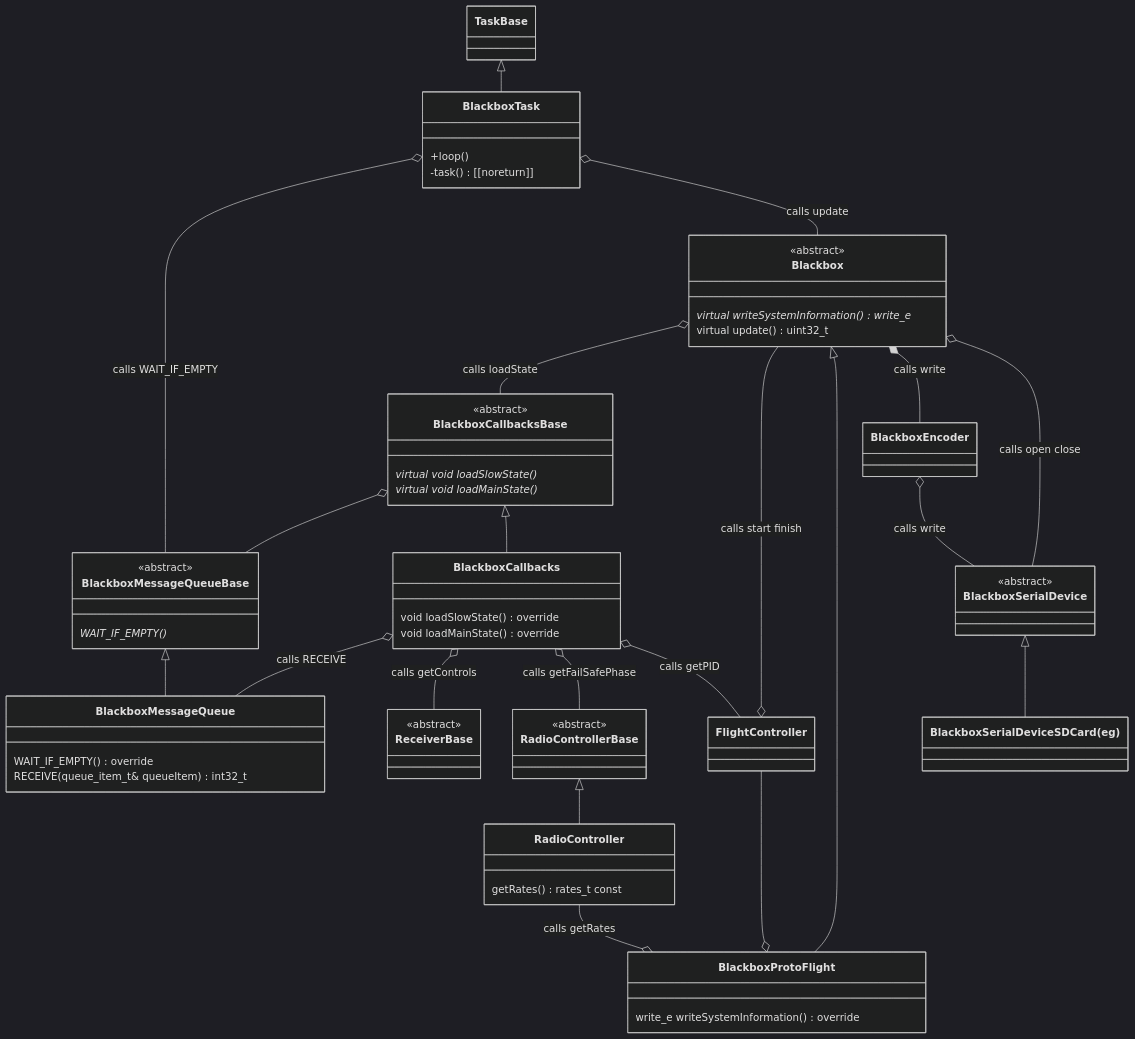
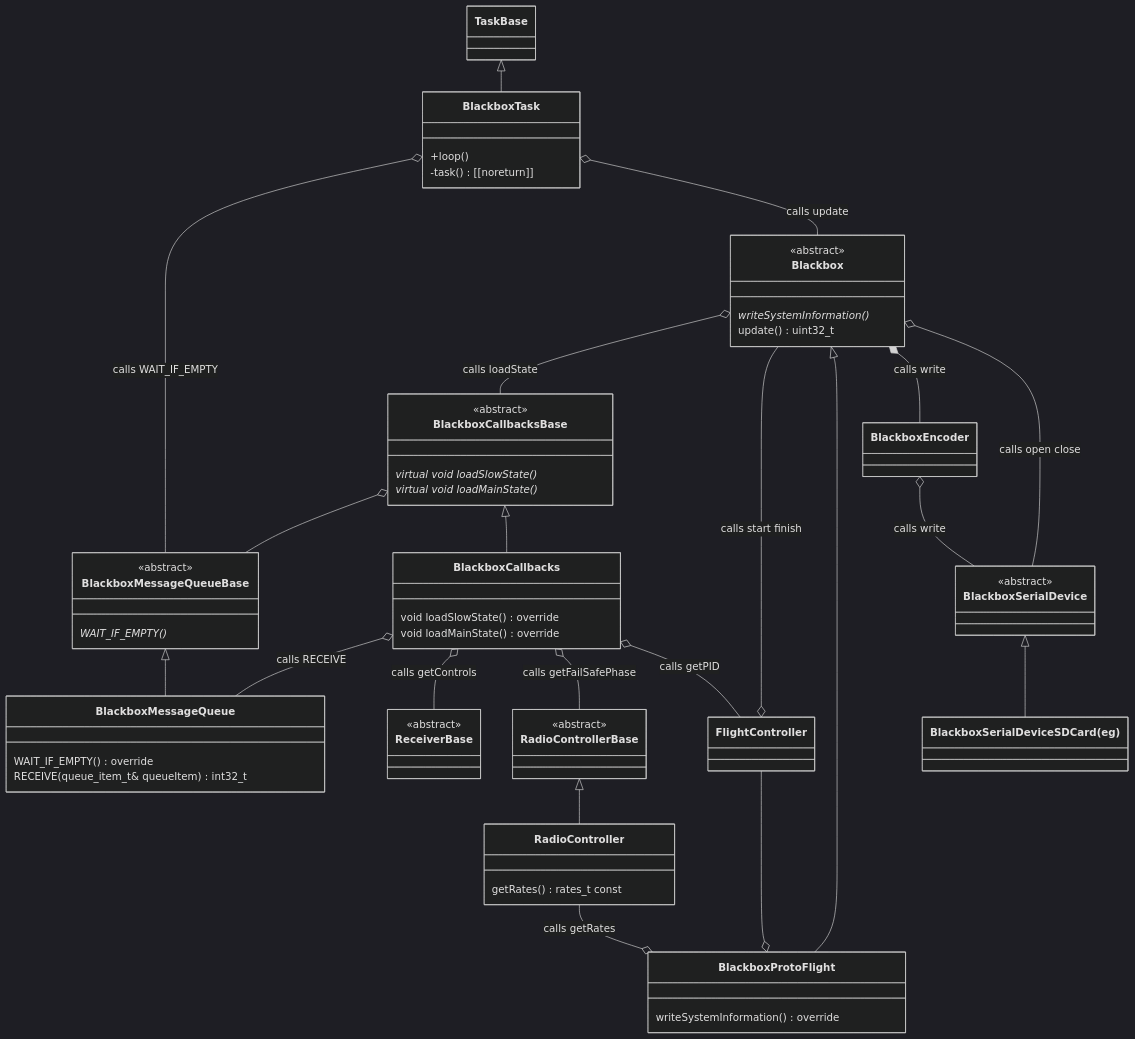
Before and after one commit to martinbudden/Protoflight: the third of 5 diagrams in README.md, drawn with Mermaid (dark theme). The commit also changed 5 other files, not shown here.

```diff
--- a/README.md
+++ b/README.md
@@ -537,8 +537,8 @@
 classDiagram
     class Blackbox {
         <<abstract>>
-        virtual writeSystemInformation() write_e *
-        virtual update() uint32_t
+        writeSystemInformation() *
+        update() uint32_t
     }
 
     class BlackboxCallbacks {
@@ -567,7 +567,7 @@
     }
 
     class BlackboxProtoFlight {
-        write_e writeSystemInformation() override
+        writeSystemInformation() override
     }
 
     class BlackboxCallbacksBase {
@@ -575,7 +575,6 @@
         virtual void loadSlowState() *
         virtual void loadMainState() *
     }
-
 
     class BlackboxSerialDevice {
         <<abstract>>
```
